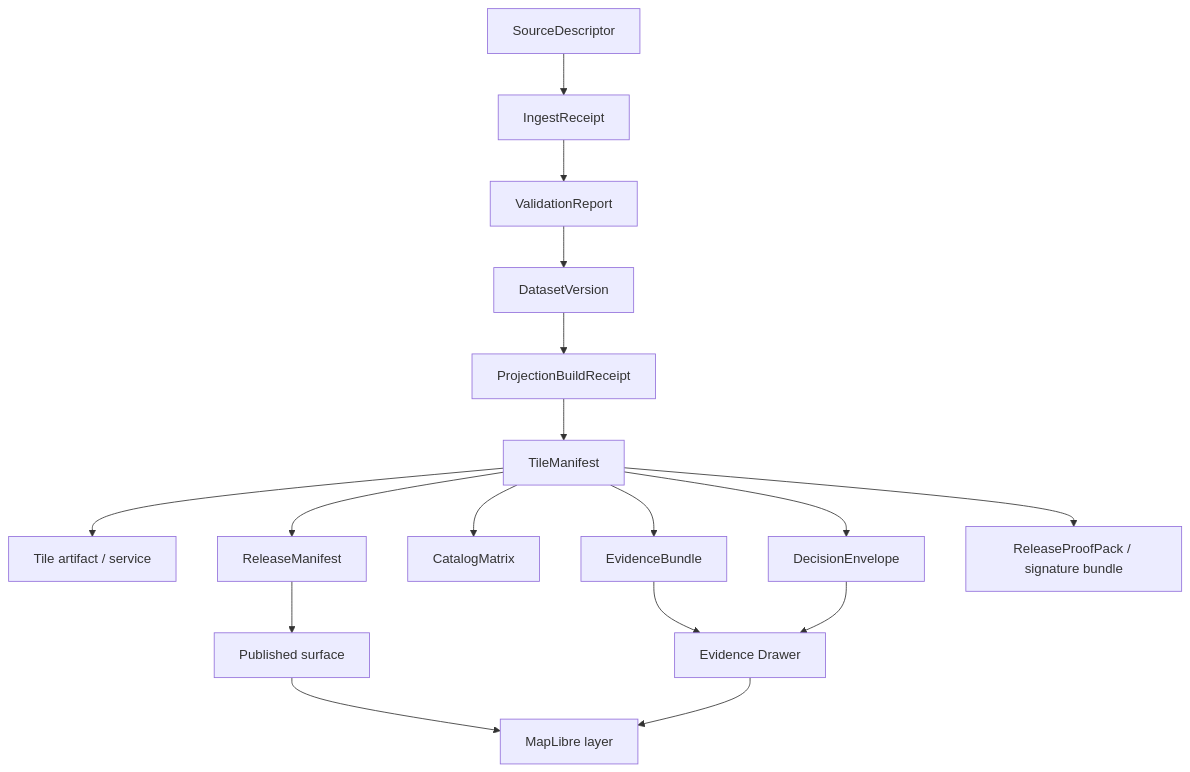
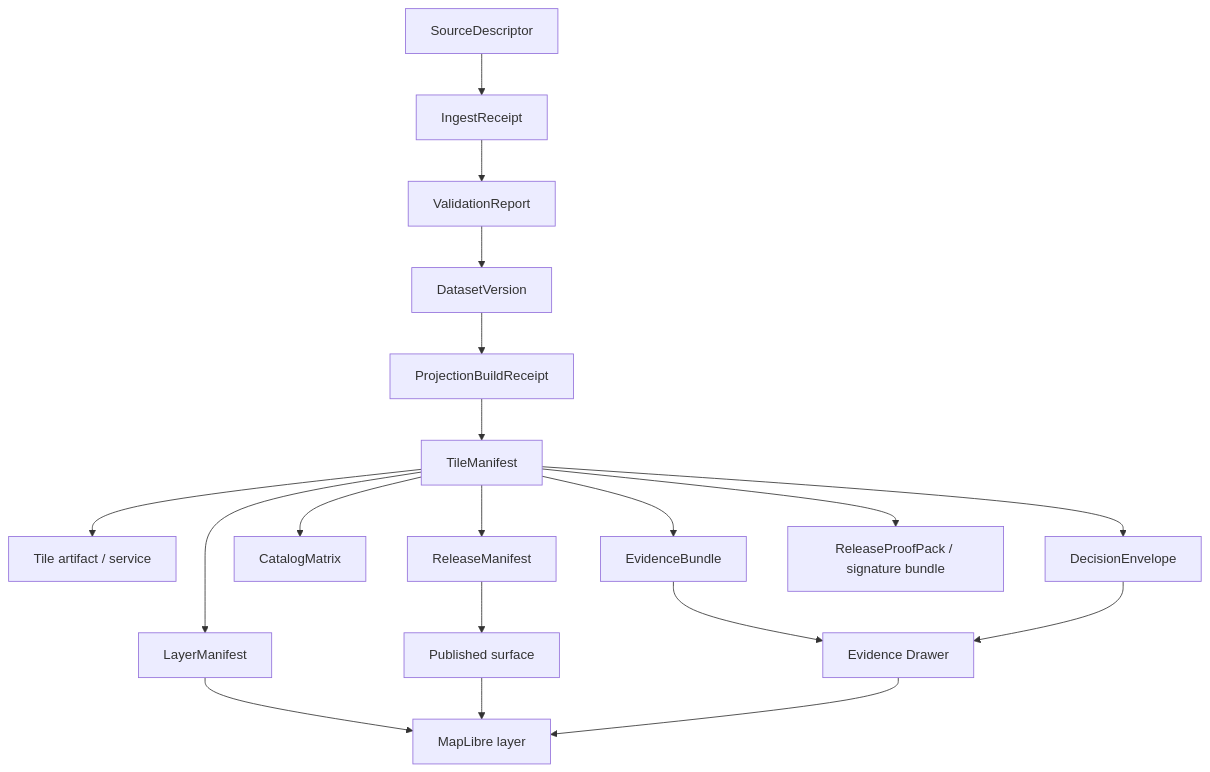
The second of 2 diagrams in docs/architecture/tiles/TILE_MANIFEST_SPEC.md (bartytime4life/Kansas-Frontier-Matrix), drawn with Mermaid before and after one commit. The commit also changed other lines of this file, not shown here.

````diff
--- a/docs/architecture/tiles/TILE_MANIFEST_SPEC.md
+++ b/docs/architecture/tiles/TILE_MANIFEST_SPEC.md
@@ -170,19 +218,21 @@
 ```mermaid
 flowchart TB
   SD["SourceDescriptor"] --> IR["IngestReceipt"]
   IR --> VR["ValidationReport"]
   VR --> DV["DatasetVersion"]
   DV --> PBR["ProjectionBuildReceipt"]
   PBR --> TM["TileManifest"]
   TM --> TA["Tile artifact / service"]
+  TM --> LM["LayerManifest"]
   TM --> RM["ReleaseManifest"]
   TM --> CM["CatalogMatrix"]
   TM --> EB["EvidenceBundle"]
   TM --> DE["DecisionEnvelope"]
   TM --> RPP["ReleaseProofPack / signature bundle"]
+  LM --> MAP["MapLibre layer"]
   RM --> PUB["Published surface"]
   EB --> DRAWER["Evidence Drawer"]
   DE --> DRAWER
-  PUB --> MAP["MapLibre layer"]
+  PUB --> MAP
   DRAWER --> MAP
 ```
````
